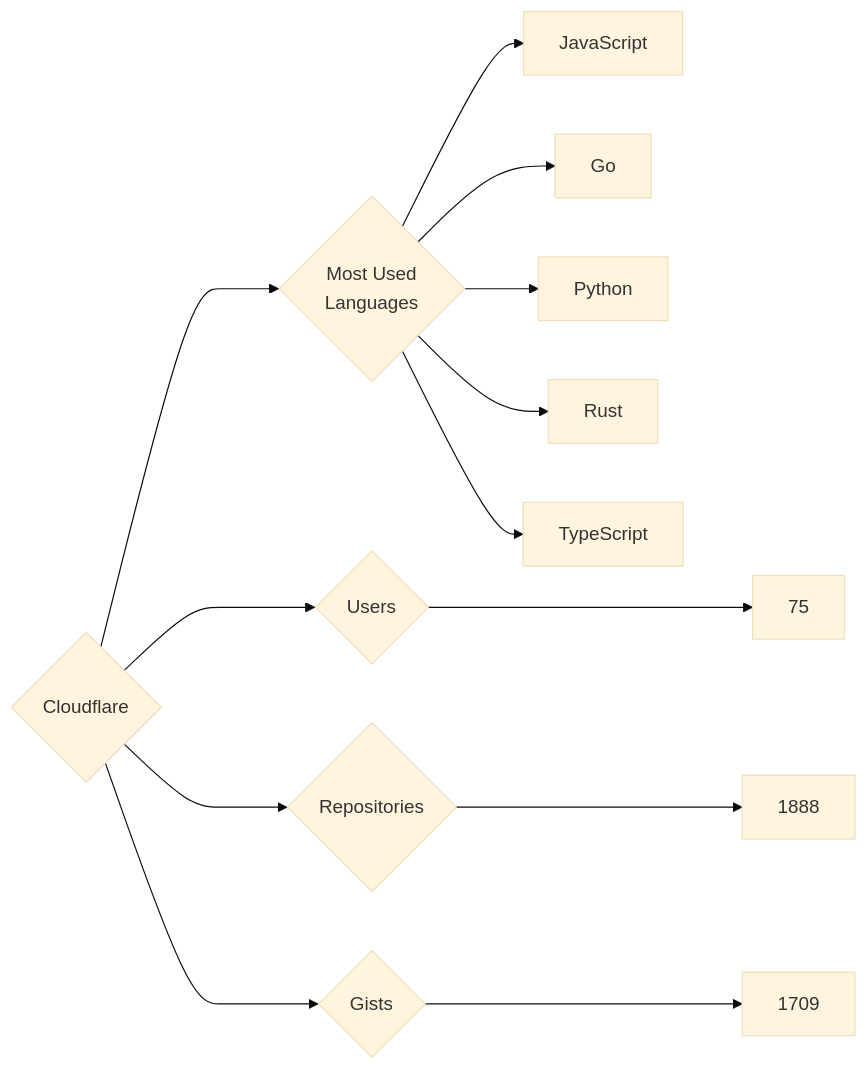
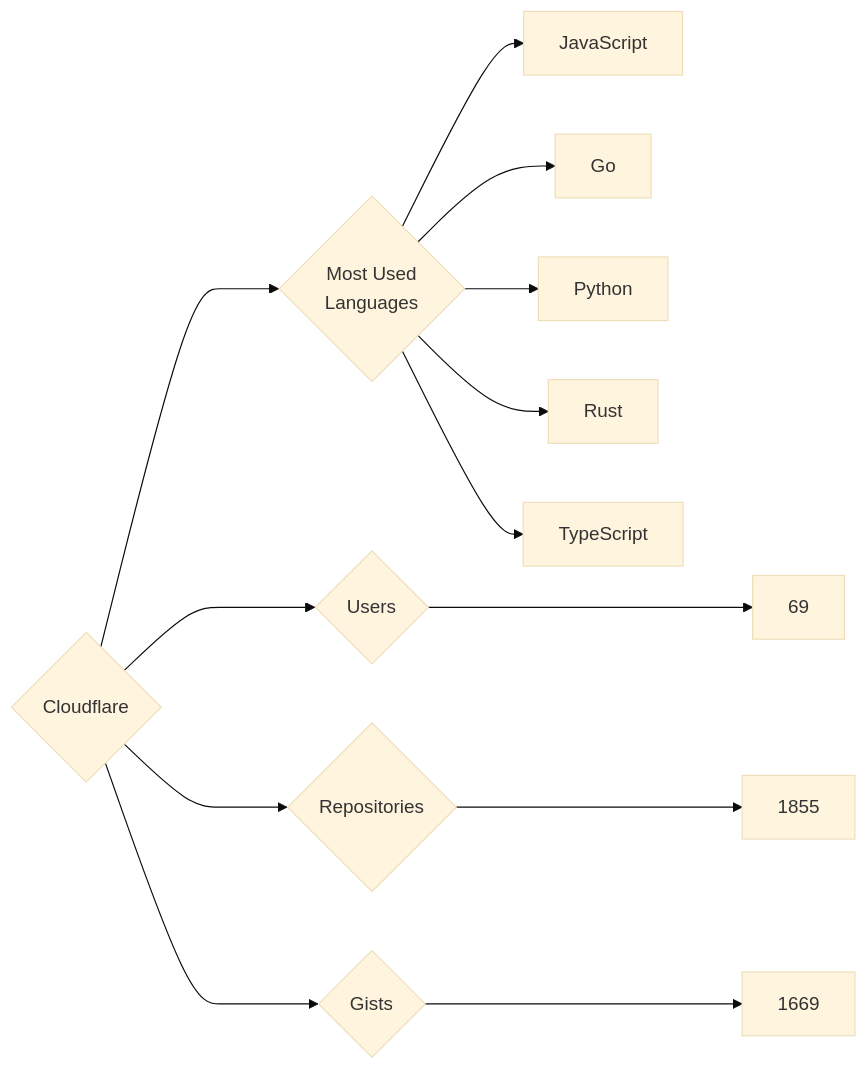
One commit to trickest/insiders changed the diagram in targets/Cloudflare/README.md. Above: the diagram before and after it, drawn with Mermaid (base theme). The commit also changed 745 other files, not shown here.

````diff
--- a/targets/Cloudflare/README.md
+++ b/targets/Cloudflare/README.md
@@ -3,13 +3,13 @@
 ```mermaid
 graph LR
 COMPANY_NAME{Cloudflare}
-COMPANY_NAME ---> U{Users} ---> UN[75]
-COMPANY_NAME ---> R{Repositories} ---> RN[1888]
-COMPANY_NAME ---> G{Gists} ---> GN[1709]
+COMPANY_NAME ---> U{Users} ---> UN[69]
+COMPANY_NAME ---> R{Repositories} ---> RN[1855]
+COMPANY_NAME ---> G{Gists} ---> GN[1669]
 COMPANY_NAME ---> ML{Most Used<br>Languages}
 ML --> JavaScript[JavaScript]
 ML --> Go[Go]
 ML --> Python[Python]
 ML --> Rust[Rust]
 ML --> TypeScript[TypeScript]
 ```
````
